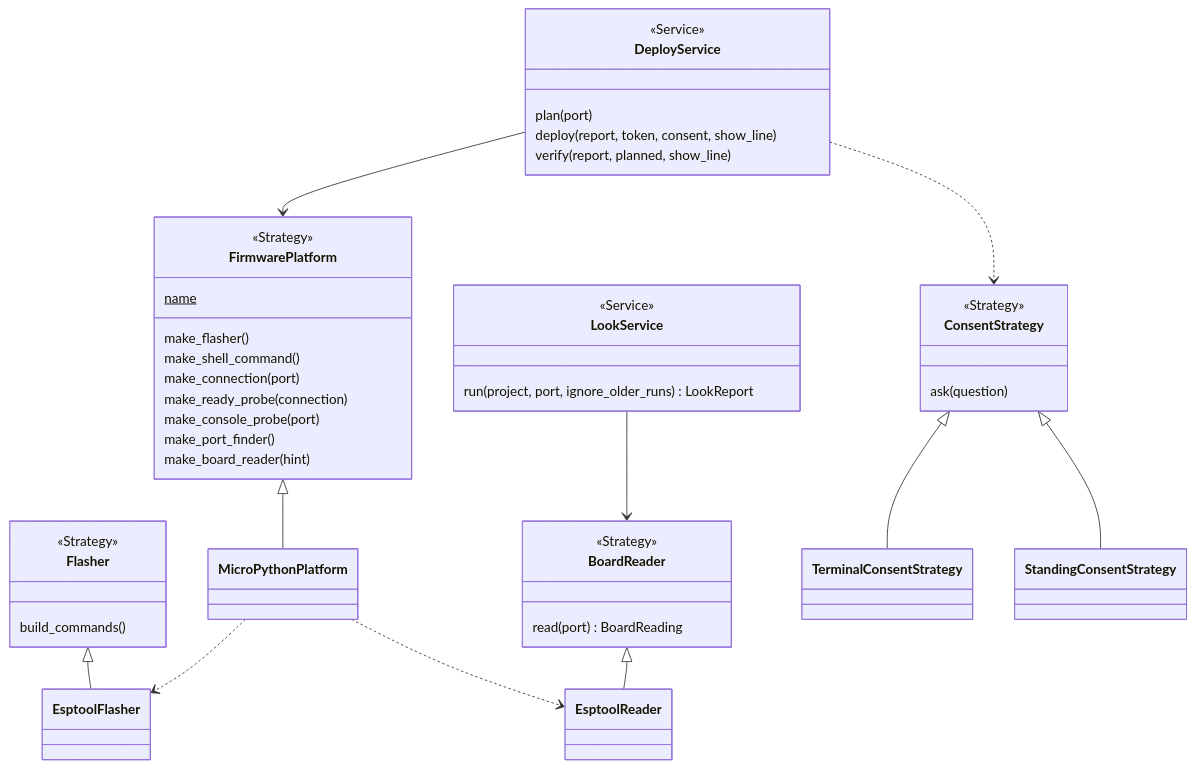
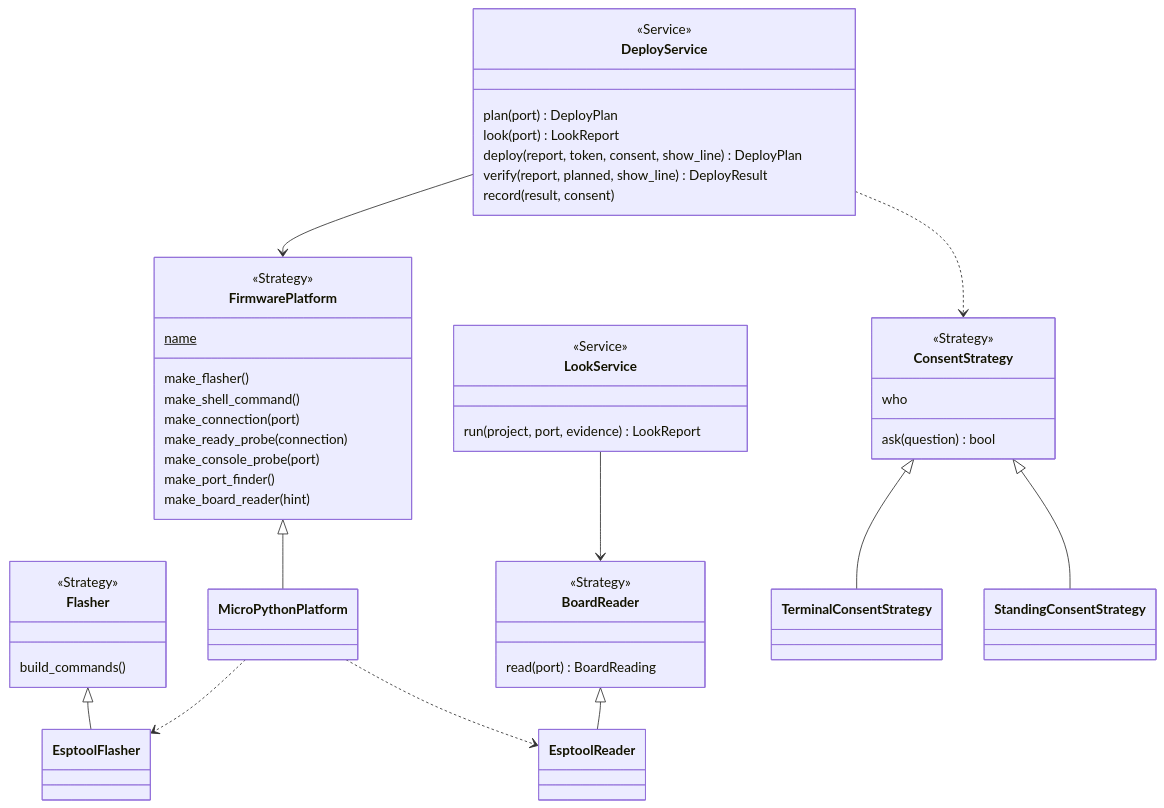
One commit to xmejkal/spark changed the second of 3 diagrams in docs/discovery/2026-10-19-p323-target-architecture/architecture/areas/bench.md. Above: the diagram before and after it, drawn with Mermaid. The commit also changed other lines of this file and 13 other files, not shown here.

````diff
--- a/docs/discovery/2026-10-19-p323-target-architecture/architecture/areas/bench.md
+++ b/docs/discovery/2026-10-19-p323-target-architecture/architecture/areas/bench.md
@@ -72,46 +94,49 @@
 ```mermaid
 classDiagram
   class FirmwarePlatform {
     <<Strategy>>
     name$
     make_flasher()
     make_shell_command()
     make_connection(port)
     make_ready_probe(connection)
     make_console_probe(port)
     make_port_finder()
     make_board_reader(hint)
   }
   class Flasher {
     <<Strategy>>
     build_commands()
   }
   class BoardReader {
     <<Strategy>>
     read(port) BoardReading
   }
   class LookService {
     <<Service>>
-    run(project, port, ignore_older_runs) LookReport
+    run(project, port, evidence) LookReport
   }
   class DeployService {
     <<Service>>
-    plan(port)
-    deploy(report, token, consent, show_line)
-    verify(report, planned, show_line)
+    plan(port) DeployPlan
+    look(port) LookReport
+    deploy(report, token, consent, show_line) DeployPlan
+    verify(report, planned, show_line) DeployResult
+    record(result, consent)
   }
   class ConsentStrategy {
     <<Strategy>>
-    ask(question)
+    ask(question) bool
+    who
   }
   FirmwarePlatform <|-- MicroPythonPlatform
   MicroPythonPlatform ..> EsptoolFlasher
   MicroPythonPlatform ..> EsptoolReader
   Flasher <|-- EsptoolFlasher
   BoardReader <|-- EsptoolReader
   LookService --> BoardReader
   DeployService --> FirmwarePlatform
   DeployService ..> ConsentStrategy
   ConsentStrategy <|-- TerminalConsentStrategy
   ConsentStrategy <|-- StandingConsentStrategy
 ```
````
